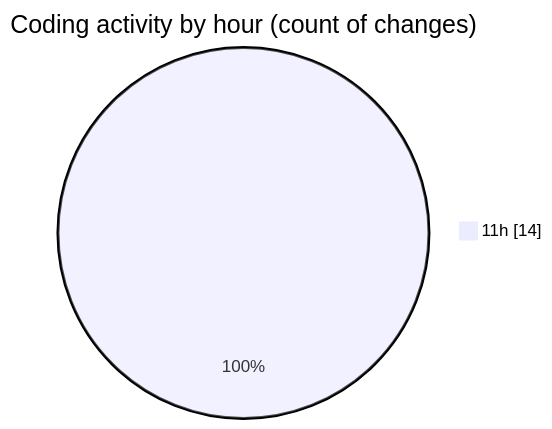
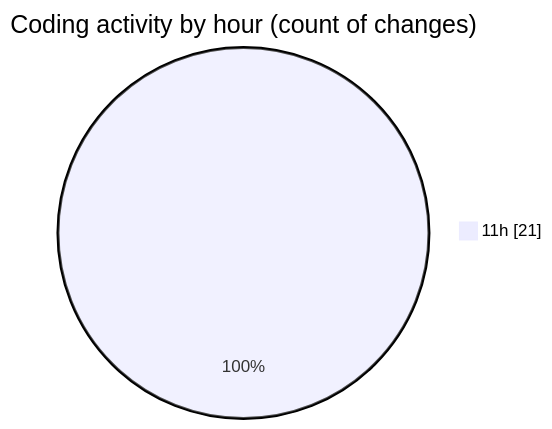
The second of 2 diagrams in 2025-07-14/argos/README.md (nxtqubesakshisongat/code-tracking), drawn with Mermaid before and after one commit. The commit also changed other lines of this file and 1 other file, not shown here.

````diff
--- a/2025-07-14/argos/README.md
+++ b/2025-07-14/argos/README.md
@@ -31,5 +33,5 @@
 ```mermaid
 pie showData
 title Coding activity by hour (count of changes)
-"11h" : 14
+"11h" : 21
 ```
````
